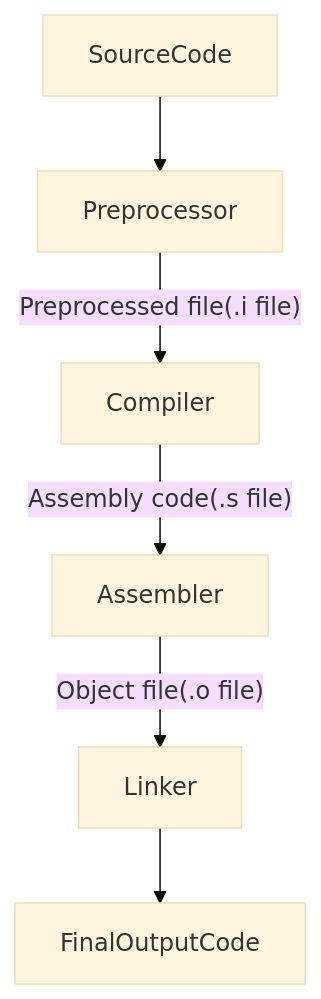
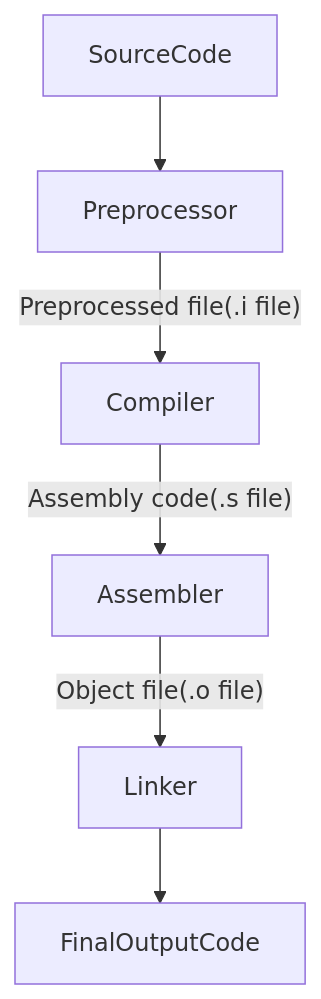
Before and after one commit to Unpainted01mind/Programming_with_C: the diagram in Compilation.md, drawn with Mermaid.

````diff
--- a/Compilation.md
+++ b/Compilation.md
@@ -5,9 +5,9 @@
 ```mermaid
-%%{init: {'theme': 'base'}}%%
+
 graph TD
     A[SourceCode]-->B[Preprocessor]
     B--Preprocessed file(.i file)-->C[Compiler]
     C--Assembly code(.s file)-->D[Assembler]
     D--Object file(.o file)-->E[Linker]
     E-->F[FinalOutputCode]
 ```
````
